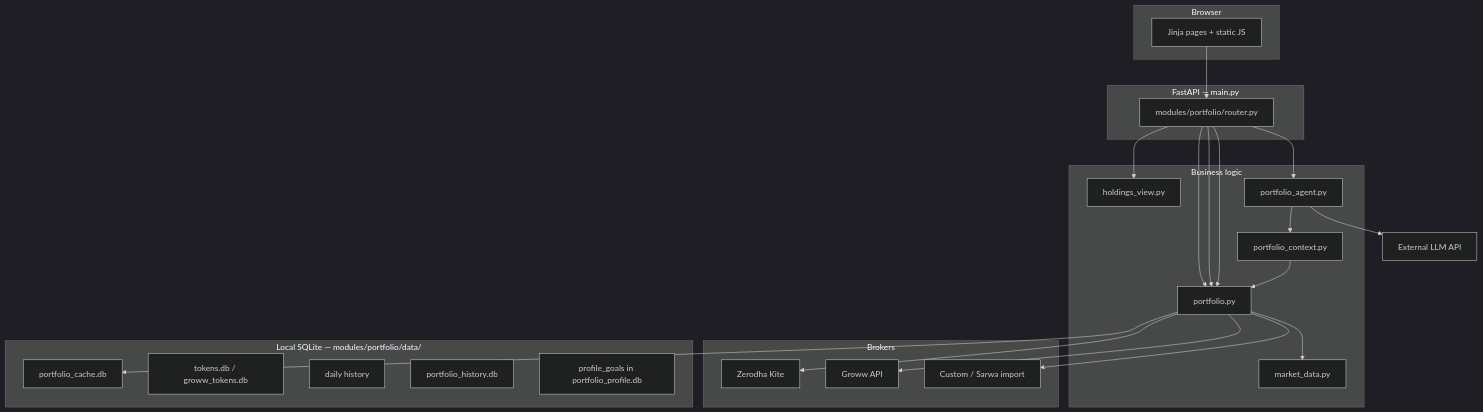
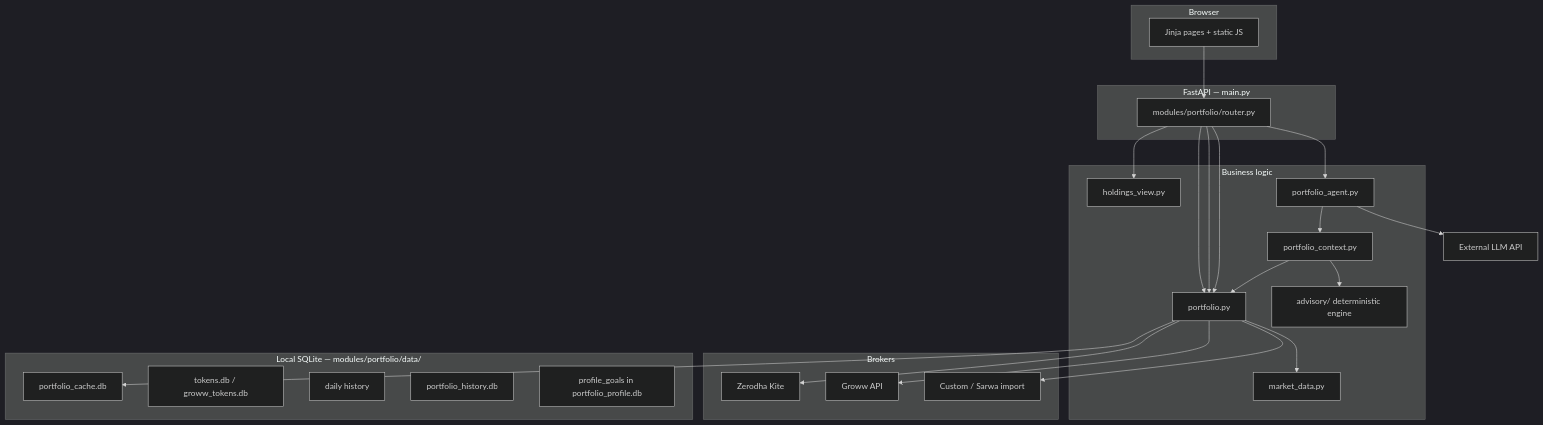
One commit to ab9bhatia/talk-to-my-portfolio changed the diagram in code_flow_and_index.md. Above: the diagram before and after it, drawn with Mermaid (dark theme). The commit also changed other lines of this file and 17 other files, not shown here.

````diff
--- a/code_flow_and_index.md
+++ b/code_flow_and_index.md
@@ -11,37 +11,39 @@
 ```mermaid
 flowchart TB
   subgraph client [Browser]
     UI[Jinja pages + static JS]
   end
   subgraph app [FastAPI — main.py]
     R[modules/portfolio/router.py]
   end
   subgraph services [Business logic]
     PF[portfolio.py]
     HV[holdings_view.py]
     MD[market_data.py]
+    ADV[advisory/ deterministic engine]
     CTX[portfolio_context.py]
     AG[portfolio_agent.py]
   end
   subgraph brokers [Brokers]
     Z[Zerodha Kite]
     G[Groww API]
     C[Custom / Sarwa import]
   end
   subgraph data [Local SQLite — modules/portfolio/data/]
     CACHE[portfolio_cache.db]
     TOKENS[tokens.db / groww_tokens.db]
     DAILY[daily history]
     WEEKLY[portfolio_history.db]
     GOALS[profile_goals in portfolio_profile.db]
   end
   UI --> R
   R --> PF --> Z
   R --> PF --> G
   R --> PF --> C
   PF --> MD
   PF --> CACHE
   R --> HV
   R --> AG --> CTX --> PF
+  CTX --> ADV
   AG --> LLM[External LLM API]
 ```
````
